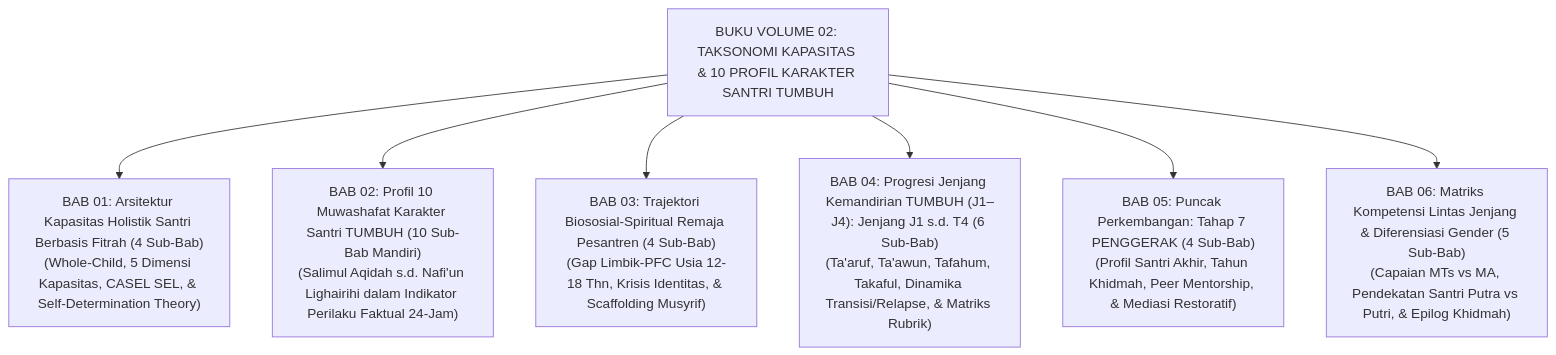
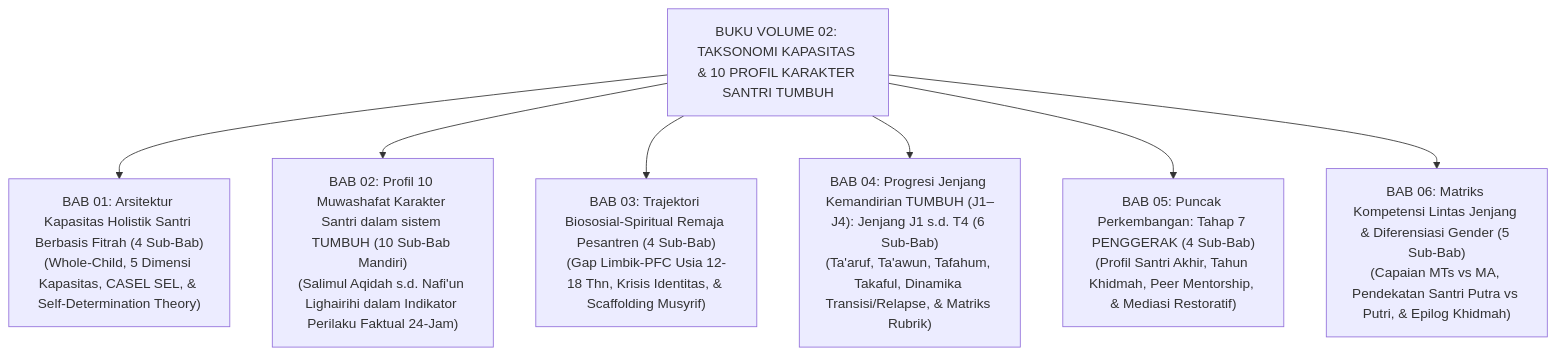
The diagram in BOOK-SERIES/Volume-02/README.md (wandiapriliyandi/tumbuh), drawn with Mermaid before and after one commit. The commit also changed other lines of this file and 605 other files, not shown here.

Commit message:
refactor: standarisasi penyebutan TUMBUH sebagai sistem pembinaan pesantren di seluruh naskah

````diff
--- a/BOOK-SERIES/Volume-02/README.md
+++ b/BOOK-SERIES/Volume-02/README.md
@@ -27,16 +27,16 @@
 ```mermaid
 graph TD
     Vol2["BUKU VOLUME 02: TAKSONOMI KAPASITAS & 10 PROFIL KARAKTER SANTRI TUMBUH"]
     
     Vol2 --> B1["BAB 01: Arsitektur Kapasitas Holistik Santri Berbasis Fitrah (4 Sub-Bab)<br/>(Whole-Child, 5 Dimensi Kapasitas, CASEL SEL, & Self-Determination Theory)"]
     
-    Vol2 --> B2["BAB 02: Profil 10 Muwashafat Karakter Santri TUMBUH (10 Sub-Bab Mandiri)<br/>(Salimul Aqidah s.d. Nafi'un Lighairihi dalam Indikator Perilaku Faktual 24-Jam)"]
+    Vol2 --> B2["BAB 02: Profil 10 Muwashafat Karakter Santri dalam sistem TUMBUH (10 Sub-Bab Mandiri)<br/>(Salimul Aqidah s.d. Nafi'un Lighairihi dalam Indikator Perilaku Faktual 24-Jam)"]
     
     Vol2 --> B3["BAB 03: Trajektori Biososial-Spiritual Remaja Pesantren (4 Sub-Bab)<br/>(Gap Limbik-PFC Usia 12-18 Thn, Krisis Identitas, & Scaffolding Musyrif)"]
     
     Vol2 --> B4["BAB 04: Progresi Jenjang Kemandirian TUMBUH (J1–J4): Jenjang J1 s.d. T4 (6 Sub-Bab)<br/>(Ta'aruf, Ta'awun, Tafahum, Takaful, Dinamika Transisi/Relapse, & Matriks Rubrik)"]
     
     Vol2 --> B5["BAB 05: Puncak Perkembangan: Tahap 7 PENGGERAK (4 Sub-Bab)<br/>(Profil Santri Akhir, Tahun Khidmah, Peer Mentorship, & Mediasi Restoratif)"]
     
     Vol2 --> B6["BAB 06: Matriks Kompetensi Lintas Jenjang & Diferensiasi Gender (5 Sub-Bab)<br/>(Capaian MTs vs MA, Pendekatan Santri Putra vs Putri, & Epilog Khidmah)"]
 ```
````
